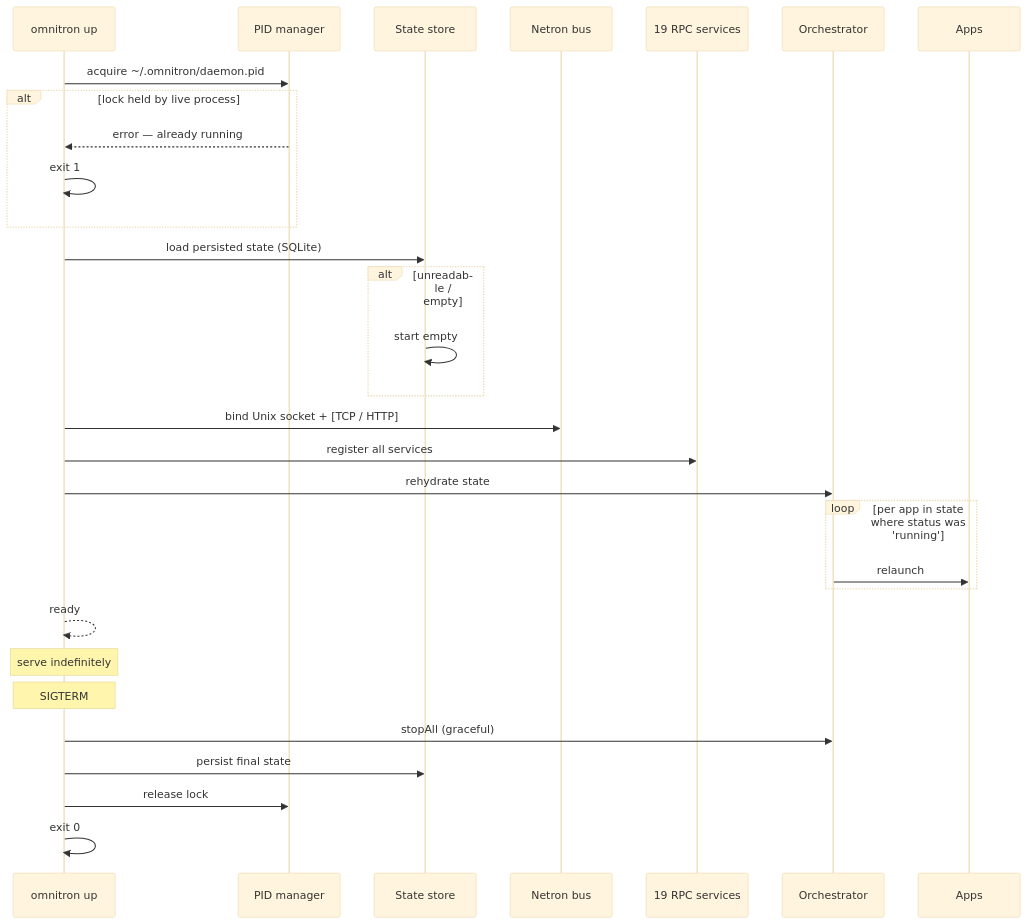
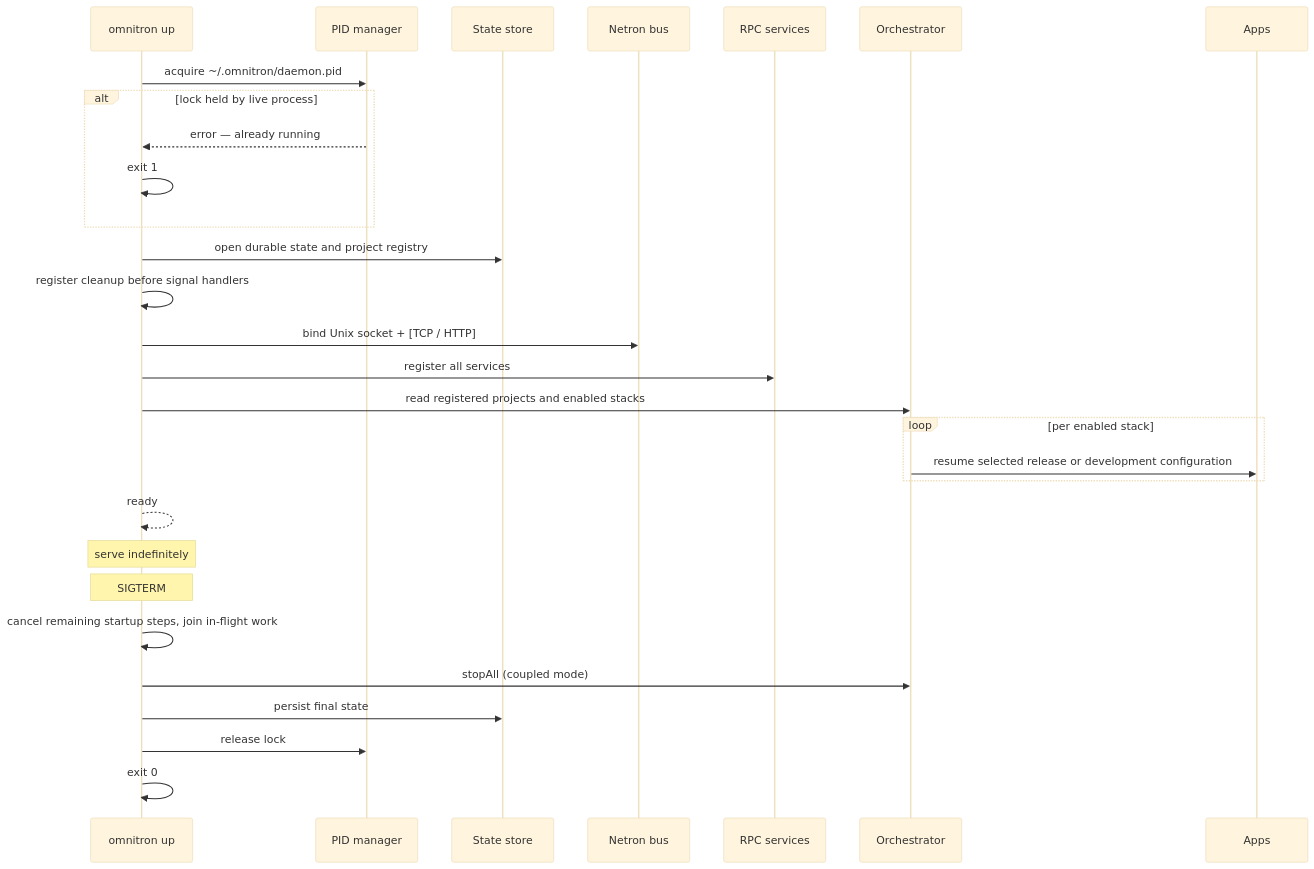
The first of 2 diagrams in docs/omnitron/daemon.md (omnitron-dev/website), drawn with Mermaid (base theme) before and after one commit. The commit also changed other lines of this file and 2 other files, not shown here.

Commit message:
docs: explain startup cancellation and container resource drift

````diff
--- a/docs/omnitron/daemon.md
+++ b/docs/omnitron/daemon.md
@@ -34,33 +34,32 @@
 ```mermaid
 sequenceDiagram
   participant Init as omnitron up
   participant PM as PID manager
   participant SS as State store
   participant N as Netron bus
-  participant SVC as 19 RPC services
+  participant SVC as RPC services
   participant Orch as Orchestrator
   participant Apps
 
   Init->>PM: acquire ~/.omnitron/daemon.pid
   alt lock held by live process
     PM-->>Init: error — already running
     Init->>Init: exit 1
   end
-  Init->>SS: load persisted state (SQLite)
-  alt unreadable / empty
-    SS->>SS: start empty
-  end
+  Init->>SS: open durable state and project registry
+  Init->>Init: register cleanup before signal handlers
   Init->>N: bind Unix socket + [TCP / HTTP]
   Init->>SVC: register all services
-  Init->>Orch: rehydrate state
-  loop per app in state where status was 'running'
-    Orch->>Apps: relaunch
+  Init->>Orch: read registered projects and enabled stacks
+  loop per enabled stack
+    Orch->>Apps: resume selected release or development configuration
   end
   Init-->>Init: ready
   Note over Init: serve indefinitely
   Note over Init: SIGTERM
-  Init->>Orch: stopAll (graceful)
+  Init->>Init: cancel remaining startup steps, join in-flight work
+  Init->>Orch: stopAll (coupled mode)
   Init->>SS: persist final state
   Init->>PM: release lock
   Init->>Init: exit 0
 ```
````
